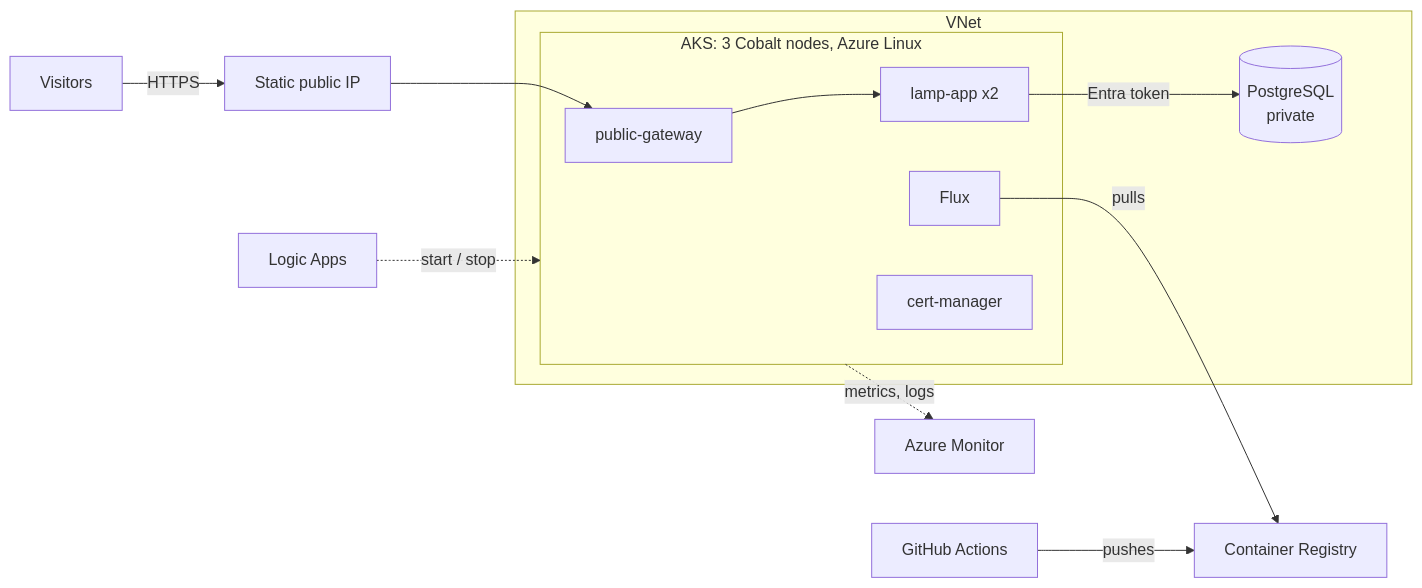
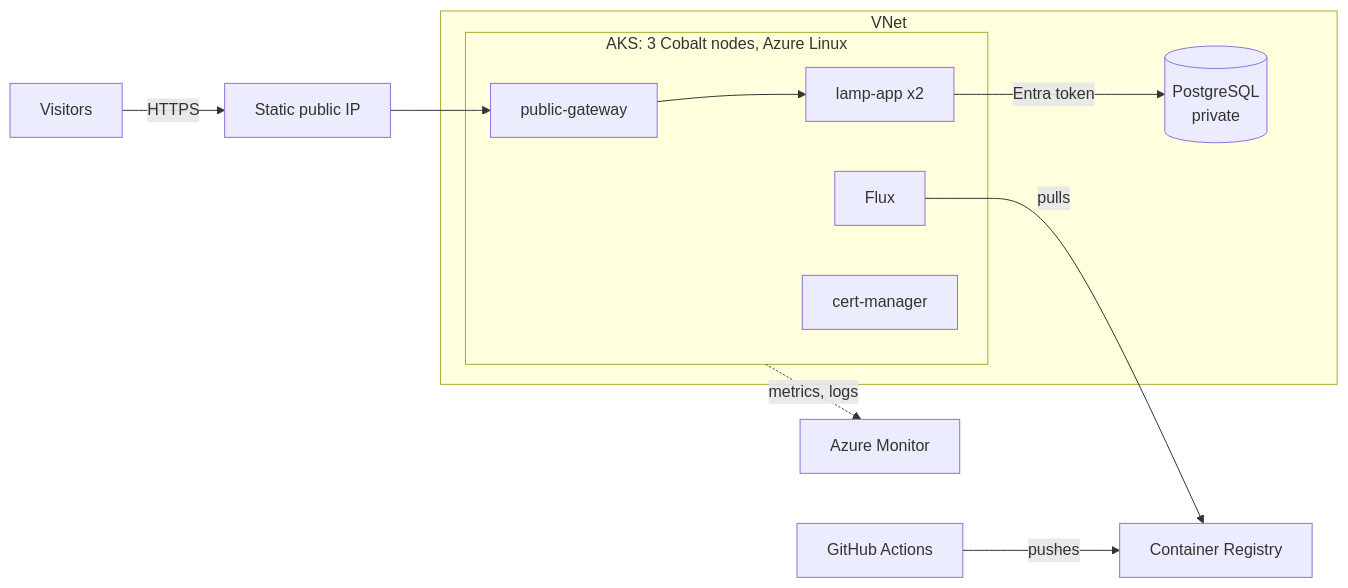
One commit to jaredthivener/python-lamp-web-app changed the diagram in infra/README.md. Above: the diagram before and after it, drawn with Mermaid. The commit also changed other lines of this file and 5 other files, not shown here.

Commit message:
Remove the Logic App start/stop schedule: the cluster is deployed on demand and destroyed by hand (#198)

````diff
--- a/infra/README.md
+++ b/infra/README.md
@@ -7,18 +7,17 @@
 ```mermaid
 graph LR
     U[Visitors] -->|HTTPS| IP[Static public IP]
     subgraph VNet
         subgraph AKS["AKS: 3 Cobalt nodes, Azure Linux"]
             GW[public-gateway] --> APP[lamp-app x2]
             FLUX[Flux]
             CM[cert-manager]
         end
         PG[(PostgreSQL<br/>private)]
     end
     IP --> GW
     APP -->|Entra token| PG
     FLUX -->|pulls| ACR[Container Registry]
     CI[GitHub Actions] -->|pushes| ACR
     AKS -.->|metrics, logs| MON[Azure Monitor]
-    SCHED[Logic Apps] -.->|start / stop| AKS
 ```
````
